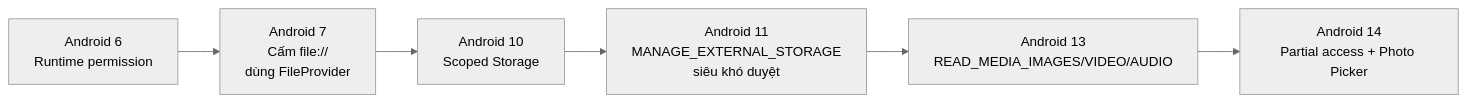
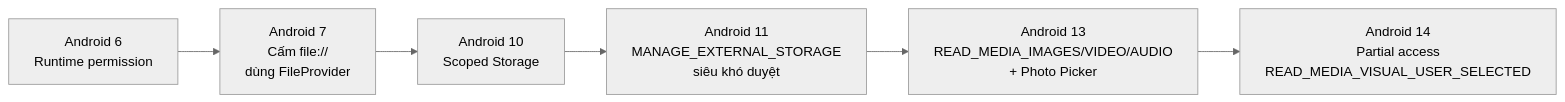
The third of 6 diagrams in knowledge/android/docs/session_02/file_permissions.md (h1eu/knowledge), drawn with Mermaid (neutral theme) before and after one commit. The commit also changed other lines of this file and 76 other files, not shown here.

First line of the commit message:
docs(android): add Compose Overview, fix S01–S05 facts and diagrams

````diff
--- a/knowledge/android/docs/session_02/file_permissions.md
+++ b/knowledge/android/docs/session_02/file_permissions.md
@@ -147,8 +146,8 @@
 ```mermaid
 flowchart LR
     V6[Android 6<br/>Runtime permission] --> V7[Android 7<br/>Cấm file://<br/>dùng FileProvider]
     V7 --> V10[Android 10<br/>Scoped Storage]
     V10 --> V11[Android 11<br/>MANAGE_EXTERNAL_STORAGE<br/>siêu khó duyệt]
-    V11 --> V13[Android 13<br/>READ_MEDIA_IMAGES/VIDEO/AUDIO]
-    V13 --> V14[Android 14<br/>Partial access + Photo Picker]
+    V11 --> V13[Android 13<br/>READ_MEDIA_IMAGES/VIDEO/AUDIO<br/>+ Photo Picker]
+    V13 --> V14[Android 14<br/>Partial access<br/>READ_MEDIA_VISUAL_USER_SELECTED]
 ```
````
